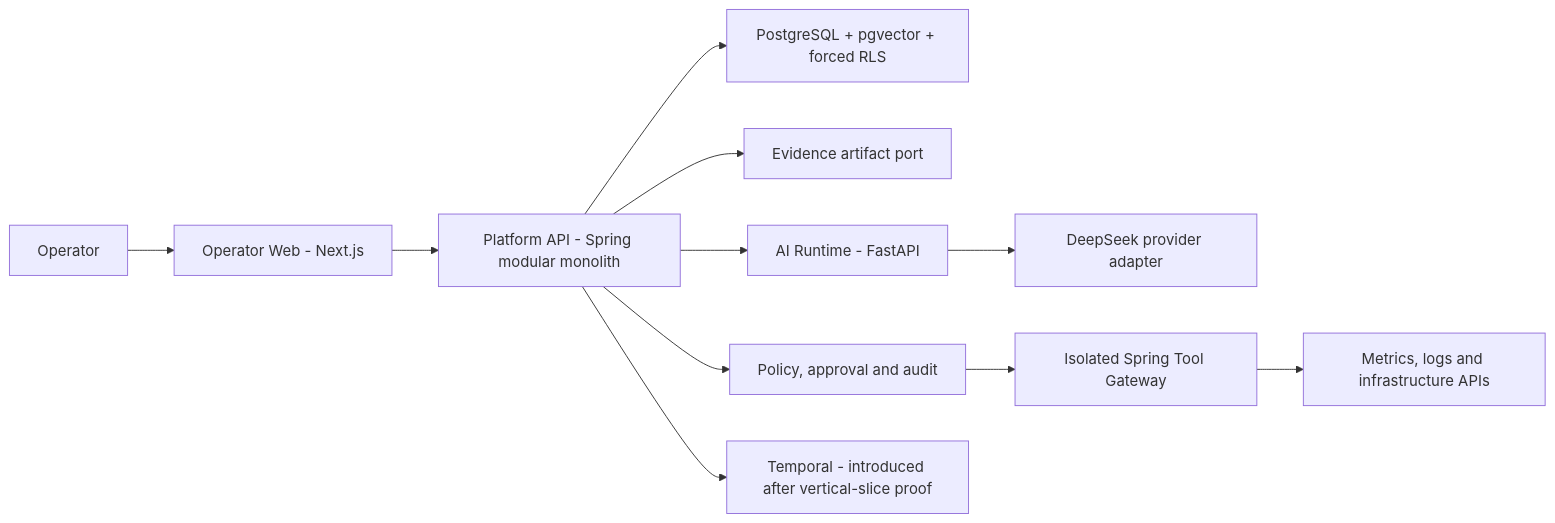
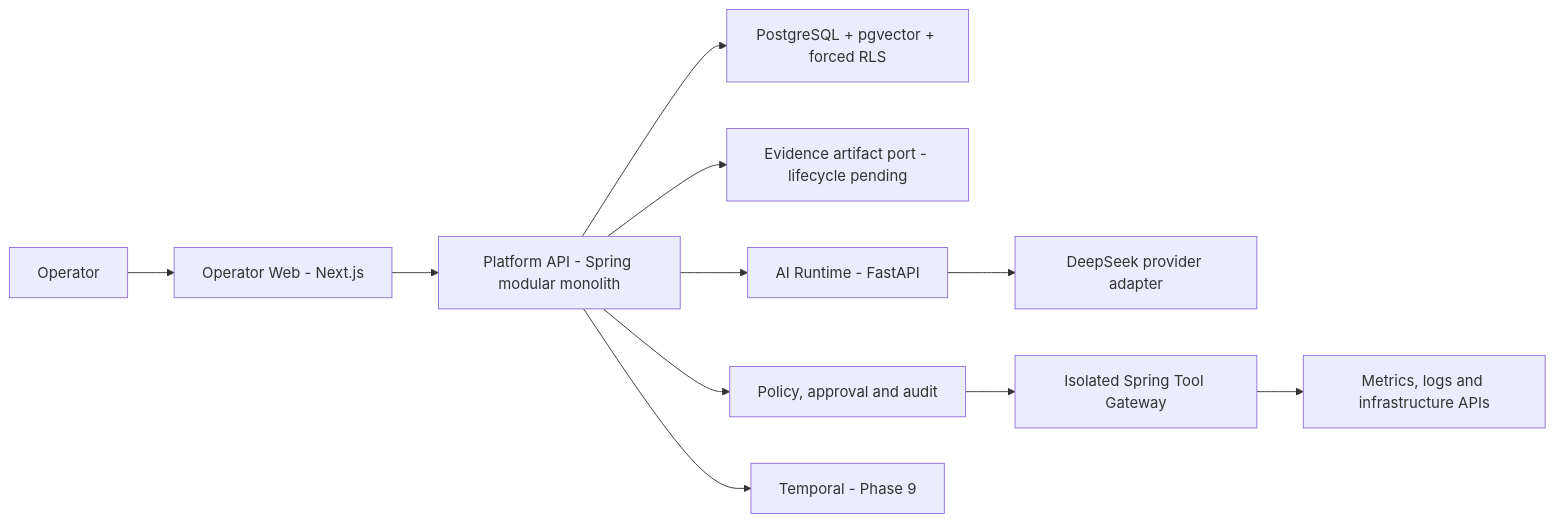
One commit to JasonTM17/OpsMind_AI changed the diagram in README.md. Above: the diagram before and after it, drawn with Mermaid. The commit also changed other lines of this file and 22 other files, not shown here.

Commit message:
docs(evaluation): reconcile Phase 8 evidence

````diff
--- a/README.md
+++ b/README.md
@@ -93,13 +90,13 @@
 ```mermaid
 flowchart LR
     OP["Operator"] --> WEB["Operator Web - Next.js"]
     WEB --> API["Platform API - Spring modular monolith"]
     API --> DB["PostgreSQL + pgvector + forced RLS"]
-    API --> OBJ["Evidence artifact port"]
+    API --> OBJ["Evidence artifact port - lifecycle pending"]
     API --> AI["AI Runtime - FastAPI"]
     AI --> DSP["DeepSeek provider adapter"]
     API --> POL["Policy, approval and audit"]
     POL --> TG["Isolated Spring Tool Gateway"]
     TG --> OBS["Metrics, logs and infrastructure APIs"]
-    API --> WF["Temporal - introduced after vertical-slice proof"]
+    API --> WF["Temporal - Phase 9"]
 ```
````
